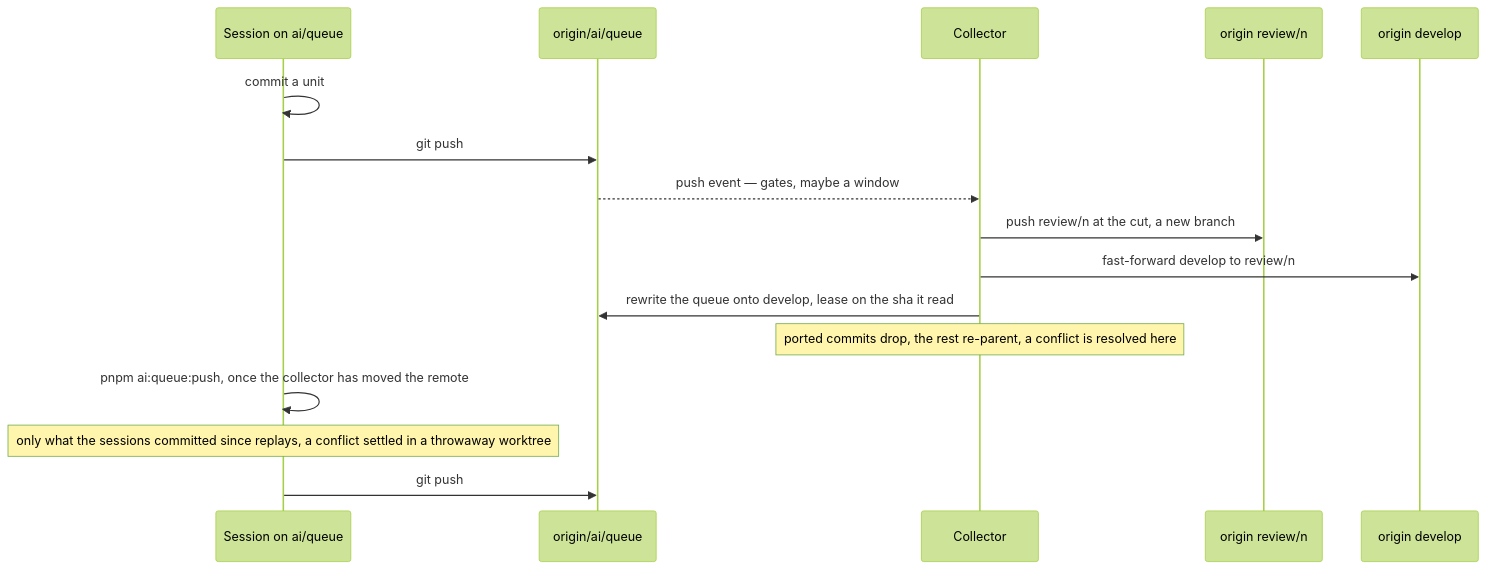
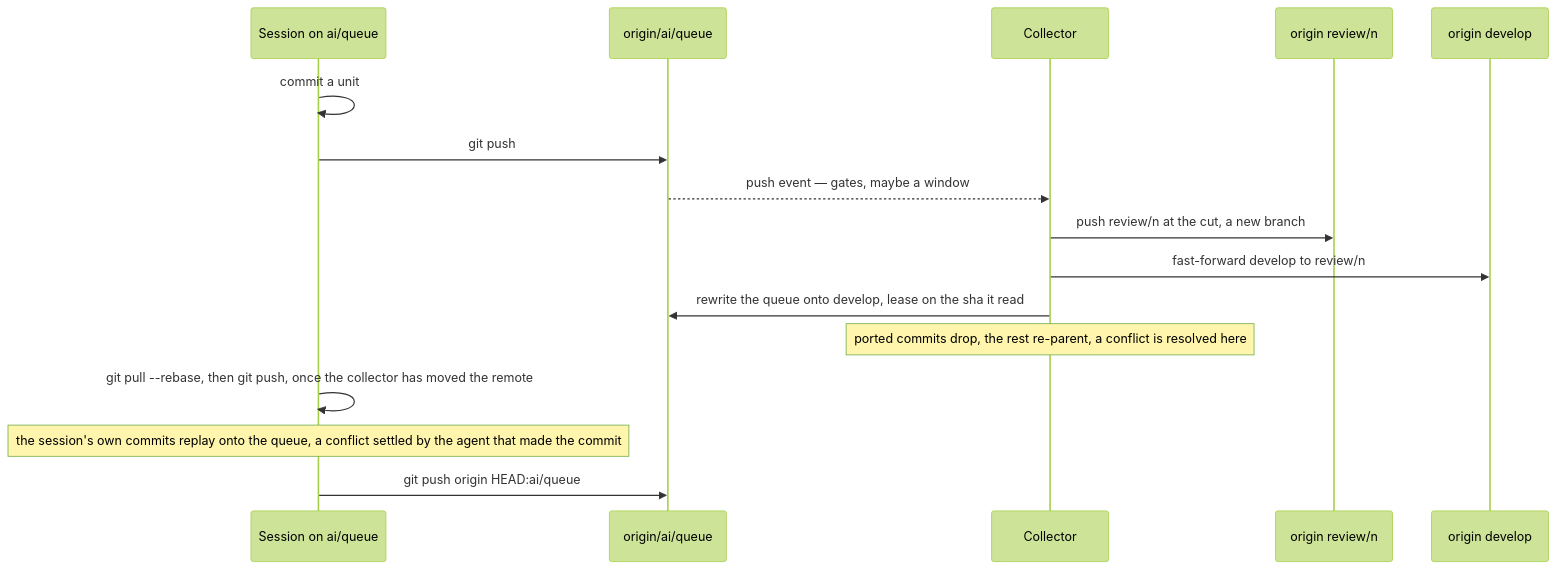
The diagram in apps/web/content/docs/infra/review-collector/two-writers.md (Esposter/Esposter), drawn with Mermaid (forest theme) before and after one commit. The commit also changed other lines of this file and 21 other files, not shown here.

First line of the commit message:
docs(queue): the session lands its commits from its own worktree with git pull --rebase and git push

````diff
--- a/apps/web/content/docs/infra/review-collector/two-writers.md
+++ b/apps/web/content/docs/infra/review-collector/two-writers.md
@@ -23,18 +23,18 @@
 ```mermaid
 sequenceDiagram
   participant S as Session on ai/queue
   participant Q as origin/ai/queue
   participant C as Collector
   participant W as origin review/n
   participant D as origin develop
   S->>S: commit a unit
   S->>Q: git push
   Q-->>C: push event — gates, maybe a window
   C->>W: push review/n at the cut, a new branch
   C->>D: fast-forward develop to review/n
   C->>Q: rewrite the queue onto develop, lease on the sha it read
   Note over C: ported commits drop, the rest re-parent, a conflict is resolved here
-  S->>S: pnpm ai:queue:push, once the collector has moved the remote
-  Note over S: only what the sessions committed since replays, a conflict settled in a throwaway worktree
-  S->>Q: git push
+  S->>S: git pull --rebase, then git push, once the collector has moved the remote
+  Note over S: the session's own commits replay onto the queue, a conflict settled by the agent that made the commit
+  S->>Q: git push origin HEAD:ai/queue
 ```
````
